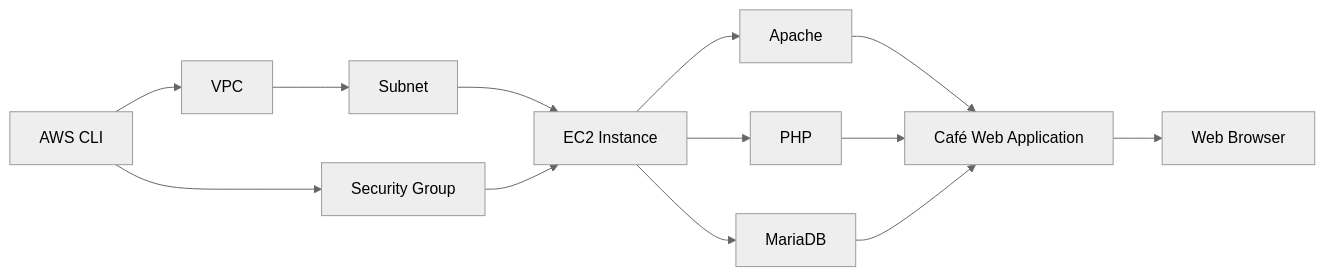
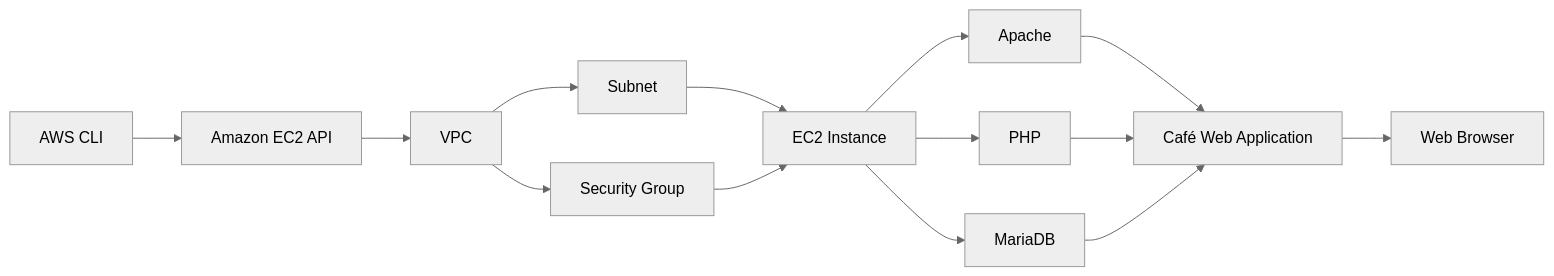
Before and after one commit to laisrdrgs/cloud-labs: the first of 4 diagrams in 07-ec2-cli-troubleshooting/README.md, drawn with Mermaid (neutral theme). The commit also changed other lines of this file, not shown here.

````diff
--- a/07-ec2-cli-troubleshooting/README.md
+++ b/07-ec2-cli-troubleshooting/README.md
@@ -26,15 +26,19 @@
 ```mermaid
 flowchart LR
-    A["AWS CLI"] --> B["VPC"]
-    B --> C["Subnet"]
-    A --> D["Security Group"]
-    C --> E["EC2 Instance"]
-    D --> E
-    E --> F["Apache"]
-    E --> G["PHP"]
-    E --> H["MariaDB"]
-    F --> I["Café Web Application"]
-    G --> I
-    H --> I
-    I --> J["Web Browser"]
+    CLI["AWS CLI"] --> EC2API["Amazon EC2 API"]
+    EC2API --> VPC["VPC"]
+    VPC --> SUBNET["Subnet"]
+    VPC --> SG["Security Group"]
+    SUBNET --> EC2["EC2 Instance"]
+    SG --> EC2
+
+    EC2 --> APACHE["Apache"]
+    EC2 --> PHP["PHP"]
+    EC2 --> DB["MariaDB"]
+
+    APACHE --> APP["Café Web Application"]
+    PHP --> APP
+    DB --> APP
+
+    APP --> BROWSER["Web Browser"]
 ```
````
